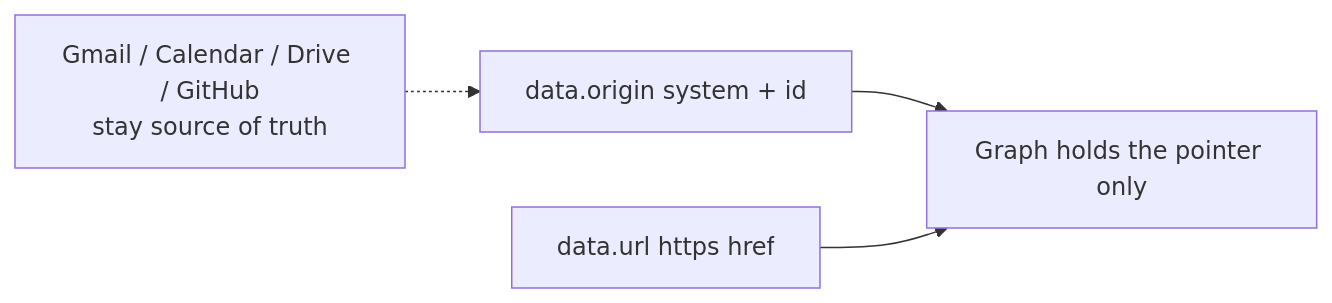
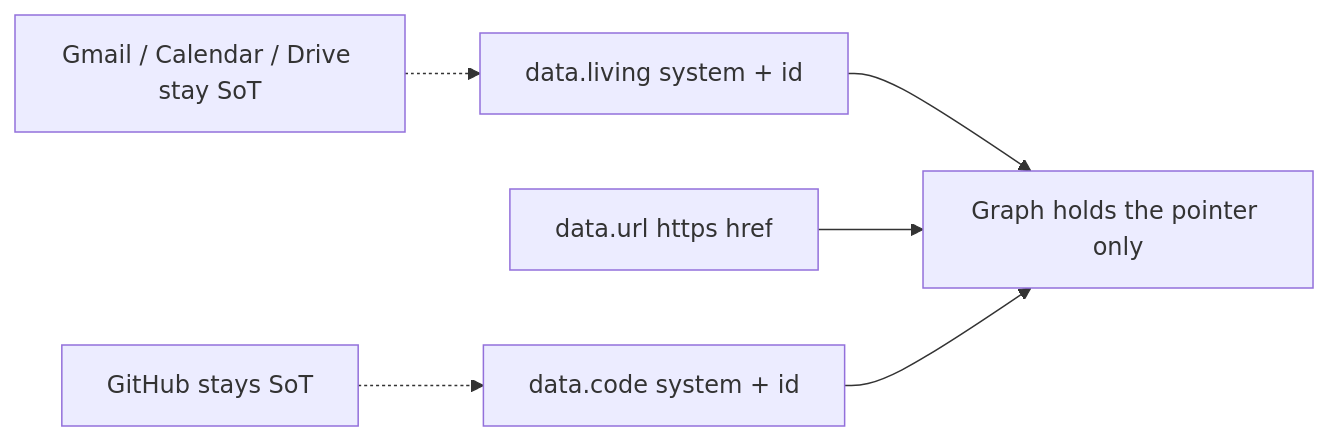
The eighth of 11 diagrams in docs/ARCHITECTURE.md (dgraziosi/foundation), drawn with Mermaid before and after one commit. The commit also changed other lines of this file and 15 other files, not shown here.

First line of the commit message:
Rename vault identity to living and code pointers

````diff
--- a/docs/ARCHITECTURE.md
+++ b/docs/ARCHITECTURE.md
@@ -216,10 +222,14 @@
 ```mermaid
 flowchart LR
-  sot["Gmail / Calendar / Drive / GitHub<br/>stay source of truth"]
-  origin_ref["data.origin system + id"]
+  sot["Gmail / Calendar / Drive stay SoT"]
+  living_ref["data.living system + id"]
   url_ref["data.url https href"]
+  code_sot["GitHub stays SoT"]
+  code_ref["data.code system + id"]
   holds_ref["Graph holds the pointer only"]
-  sot -.-> origin_ref
-  origin_ref --> holds_ref
+  sot -.-> living_ref
+  living_ref --> holds_ref
   url_ref --> holds_ref
+  code_sot -.-> code_ref
+  code_ref --> holds_ref
 ```
````
